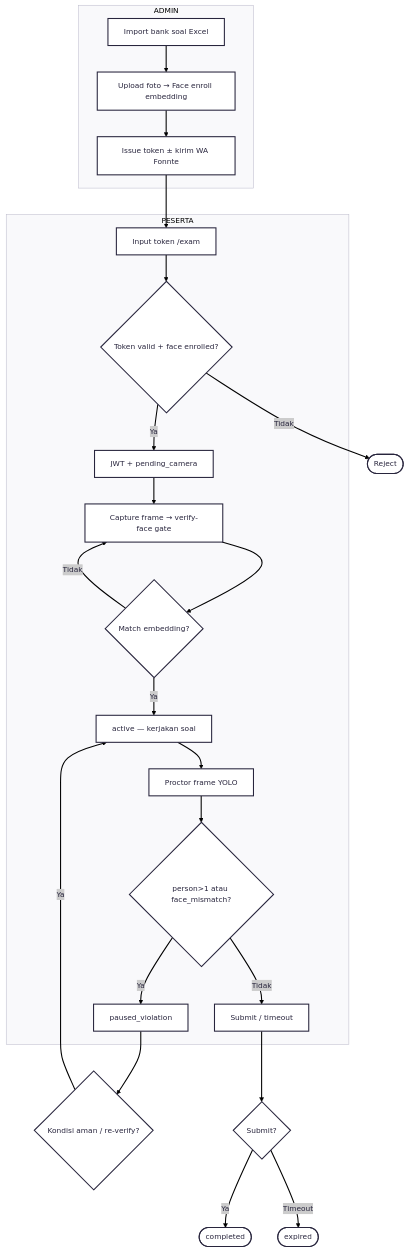
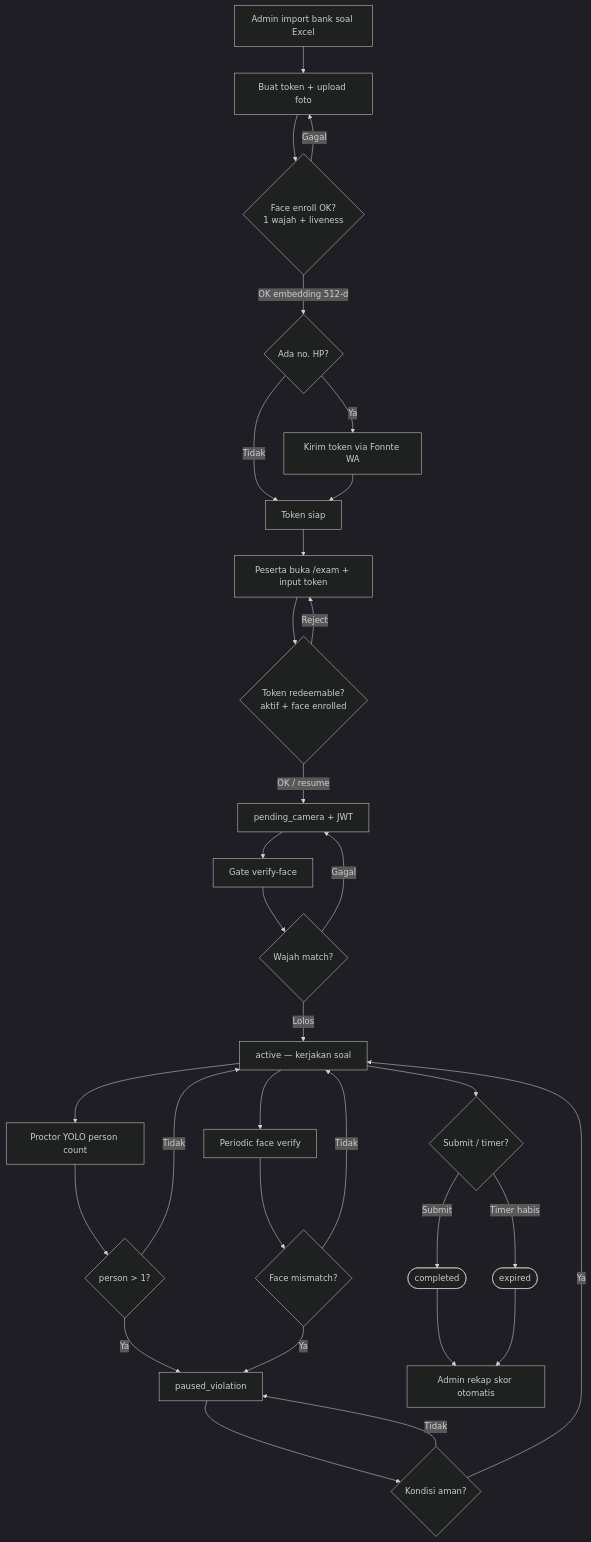
One commit to asrofilnadib/asrofilnadib.github.io changed the diagram in projects/briefs/psikotes/diagram/flowchart.md. Above: the diagram before and after it, drawn with Mermaid. The commit also changed other lines of this file and 2 other files, not shown here.

Commit message:
feat(portfolio): add flowchart item to gallery and update project description
Introduced a new flowchart item in the portfolio gallery for the "Psikotes" project, enhancing visual representation. Updated the project description in the Markdown file to reflect changes in the flowchart process and actors involved, ensuring clarity and accuracy in the project's presentation.

````diff
--- a/projects/briefs/psikotes/diagram/flowchart.md
+++ b/projects/briefs/psikotes/diagram/flowchart.md
@@ -29,39 +45,41 @@
 ```mermaid
 ---
 config:
-  theme: redux
+  theme: dark
 ---
 flowchart TB
-  subgraph ADMIN
-    A1[Import bank soal Excel]
-    A2[Upload foto → Face enroll embedding]
-    A3[Issue token ± kirim WA Fonnte]
-  end
+  A1[Admin import bank soal Excel] --> A2[Buat token + upload foto]
+  A2 --> A3{Face enroll OK?<br/>1 wajah + liveness}
+  A3 -->|Gagal| A2
+  A3 -->|OK embedding 512-d| A4{Ada no. HP?}
+  A4 -->|Ya| A5[Kirim token via Fonnte WA]
+  A4 -->|Tidak| A6[Token siap]
+  A5 --> A6
 
-  subgraph PESERTA
-    P1[Input token /exam]
-    P2{Token valid + face enrolled?}
-    P3[JWT + pending_camera]
-    P4[Capture frame → verify-face gate]
-    P5{Match embedding?}
-    P6[active — kerjakan soal]
-    P7[Proctor frame YOLO]
-    P8{person>1 atau face_mismatch?}
-    P9[paused_violation]
-    P10[Submit / timeout]
-  end
+  A6 --> P1[Peserta buka /exam + input token]
+  P1 --> P2{Token redeemable?<br/>aktif + face enrolled}
+  P2 -->|Reject| P1
+  P2 -->|OK / resume| P3[pending_camera + JWT]
+  P3 --> P4[Gate verify-face]
+  P4 --> P5{Wajah match?}
+  P5 -->|Gagal| P3
+  P5 -->|Lolos| P6[active — kerjakan soal]
 
-  A1 --> A2 --> A3
-  A3 --> P1 --> P2
-  P2 -->|Tidak| X1([Reject])
-  P2 -->|Ya| P3 --> P4 --> P5
-  P5 -->|Tidak| P4
-  P5 -->|Ya| P6 --> P7 --> P8
-  P8 -->|Ya| P9
-  P9 --> SAFE{Kondisi aman / re-verify?}
+  P6 --> P7[Proctor YOLO person count]
+  P6 --> P8[Periodic face verify]
+  P7 --> P9{person > 1?}
+  P8 --> P10{Face mismatch?}
+  P9 -->|Ya| PV[paused_violation]
+  P10 -->|Ya| PV
+  P9 -->|Tidak| P6
+  P10 -->|Tidak| P6
+  PV --> SAFE{Kondisi aman?}
+  SAFE -->|Tidak| PV
   SAFE -->|Ya| P6
-  P8 -->|Tidak| P10
-  P10 --> DONE{Submit?}
-  DONE -->|Ya| C([completed])
-  DONE -->|Timeout| E([expired])
+
+  P6 --> END{Submit / timer?}
+  END -->|Submit| C([completed])
+  END -->|Timer habis| E([expired])
+  C --> R[Admin rekap skor otomatis]
+  E --> R
 ```
````
